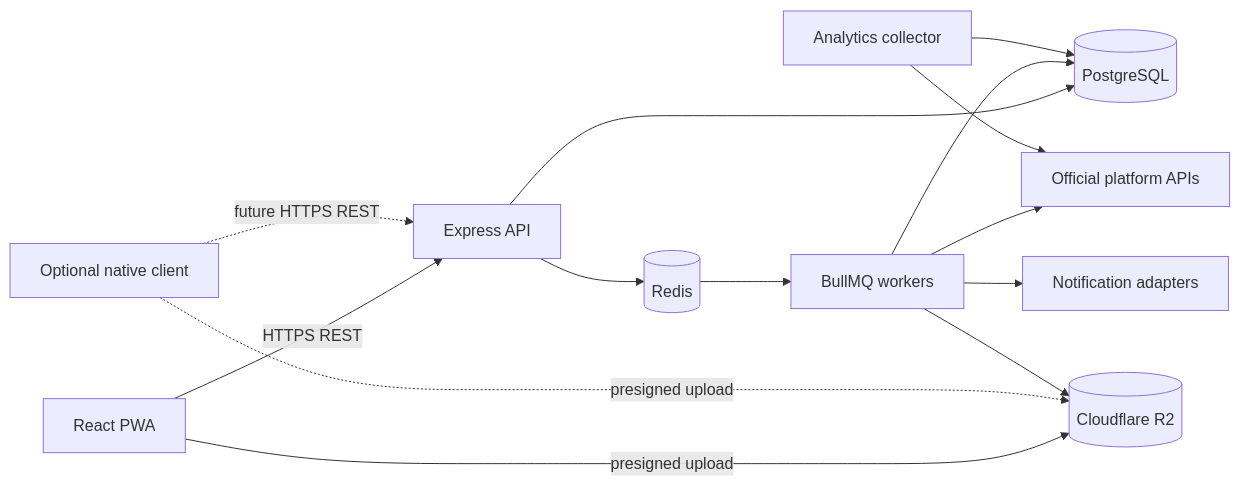
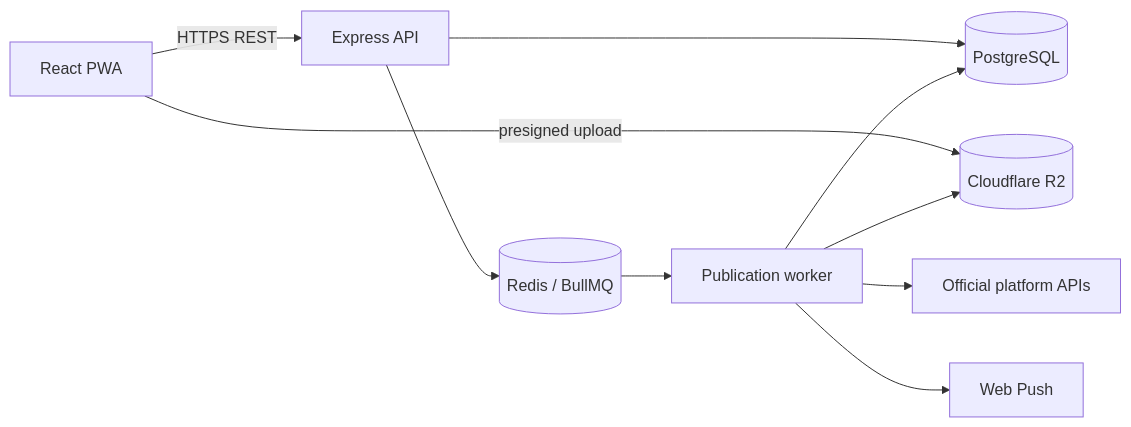
One commit to AleksandrCherednichenko-developer/VideoFlow changed the diagram in docs/architecture.md. Above: the diagram before and after it, drawn with Mermaid. The commit also changed other lines of this file and 42 other files, not shown here.

Commit message:
Remove VK integration from backend, including related environment variables, API routes, and tests. Update README to reflect changes in supported platforms and remove references to VK. Adjust database schema to exclude VK-related fields and clean up associated scripts.

````diff
--- a/docs/architecture.md
+++ b/docs/architecture.md
@@ -23,27 +9,12 @@
 ```mermaid
 flowchart LR
-    PWA[React PWA]
-    Native[Optional native client]
-    API[Express API]
-    Worker[BullMQ workers]
-    DB[(PostgreSQL)]
-    Redis[(Redis)]
-    R2[(Cloudflare R2)]
-    Notify[Notification adapters]
-    Analytics[Analytics collector]
-    Platforms[Official platform APIs]
-
-    PWA -->|HTTPS REST| API
-    Native -. future HTTPS REST .-> API
-    API --> DB
-    API --> Redis
-    PWA -->|presigned upload| R2
-    Native -. presigned upload .-> R2
-    Redis --> Worker
+    PWA[React PWA] -->|HTTPS REST| API[Express API]
+    PWA -->|presigned upload| R2[(Cloudflare R2)]
+    API --> DB[(PostgreSQL)]
+    API --> Redis[(Redis / BullMQ)]
+    Redis --> Worker[Publication worker]
     Worker --> DB
     Worker --> R2
-    Worker --> Platforms
-    Worker --> Notify
-    Analytics --> Platforms
-    Analytics --> DB
+    Worker --> Platforms[Official platform APIs]
+    Worker --> Push[Web Push]
 ```
````
